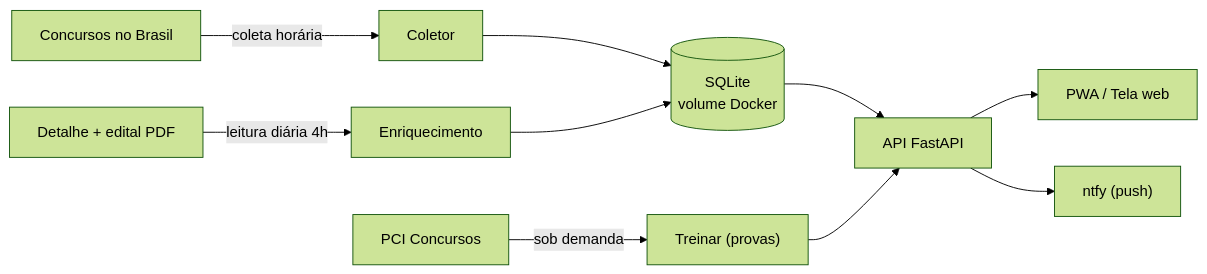
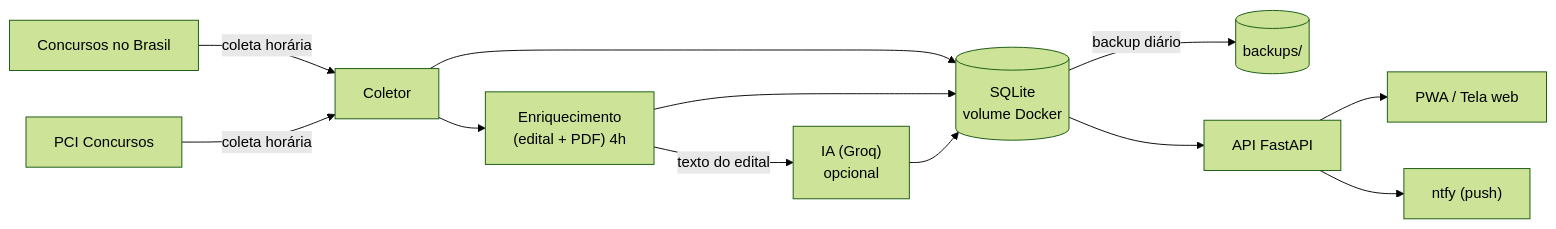
One commit to C03LHO/Rastreador-de-Concursos changed the diagram in README.md. Above: the diagram before and after it, drawn with Mermaid (forest theme). The commit also changed other lines of this file, not shown here.

````diff
--- a/README.md
+++ b/README.md
@@ -64,12 +65,14 @@
 ```mermaid
 flowchart LR
     A["Concursos no Brasil"] -->|"coleta horária"| B[Coletor]
-    A2["Detalhe + edital PDF"] -->|"leitura diária 4h"| D[Enriquecimento]
-    P["PCI Concursos"] -->|"sob demanda"| T["Treinar (provas)"]
+    P["PCI Concursos"] -->|"coleta horária"| B
+    B --> D["Enriquecimento<br/>(edital + PDF) 4h"]
+    D -->|"texto do edital"| I["IA (Groq)<br/>opcional"]
     B --> C[("SQLite<br/>volume Docker")]
     D --> C
+    I --> C
+    C -->|"backup diário"| K[("backups/")]
     C --> E["API FastAPI"]
     E --> F["PWA / Tela web"]
     E --> N["ntfy (push)"]
-    T --> E
 ```
````
